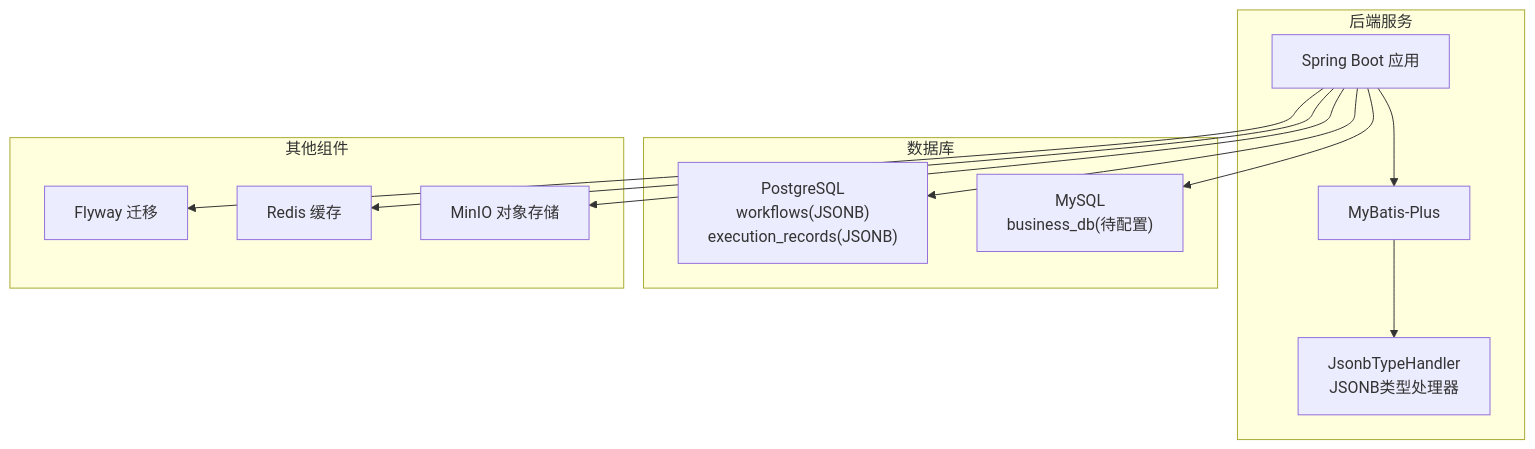
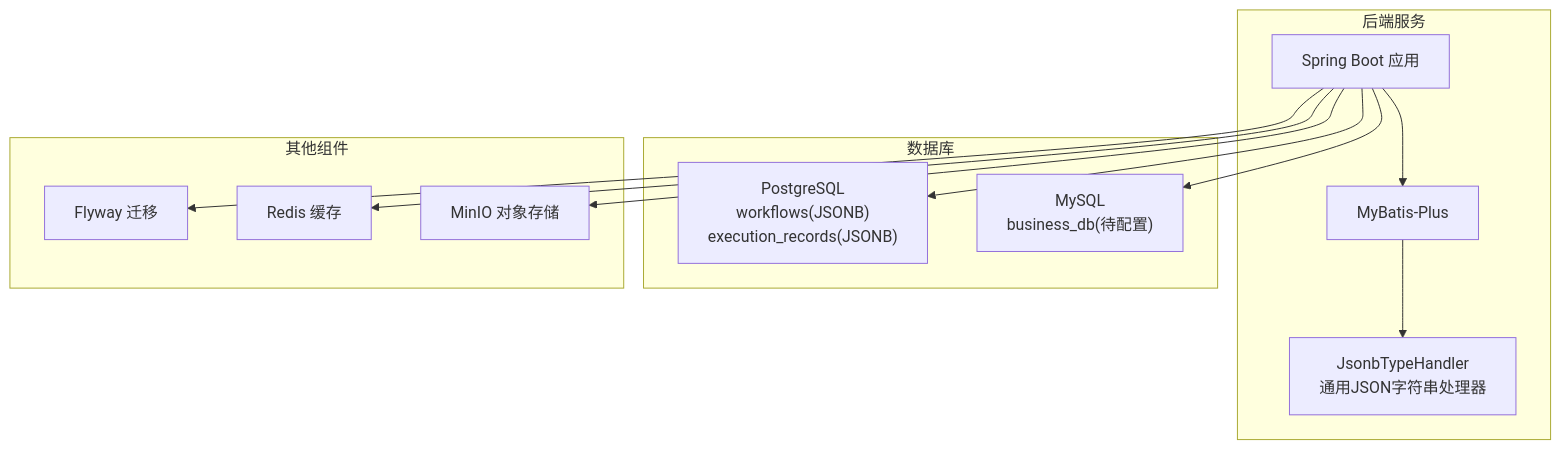
Before and after one commit to cxz64323/bokagent: the first of 4 diagrams in .qoder/repowiki/zh/content/数据持久化/多数据库支持.md, drawn with Mermaid. The commit also changed other lines of this file and 6 other files, not shown here.

````diff
--- a/.qoder/repowiki/zh/content/数据持久化/多数据库支持.md
+++ b/.qoder/repowiki/zh/content/数据持久化/多数据库支持.md
@@ -42,24 +49,24 @@
 ```mermaid
 graph TB
 subgraph "后端服务"
 APP["Spring Boot 应用"]
 MP["MyBatis-Plus"]
-JT["JsonbTypeHandler<br/>JSONB类型处理器"]
+JT["JsonbTypeHandler<br/>通用JSON字符串处理器"]
 end
 subgraph "数据库"
 PG["PostgreSQL<br/>workflows(JSONB)<br/>execution_records(JSONB)"]
 MY["MySQL<br/>business_db(待配置)"]
 end
 subgraph "其他组件"
 FW["Flyway 迁移"]
 RD["Redis 缓存"]
 MO["MinIO 对象存储"]
 end
 APP --> MP
 MP --> JT
 APP --> PG
 APP --> MY
 APP --> FW
 APP --> RD
 APP --> MO
 ```
````
